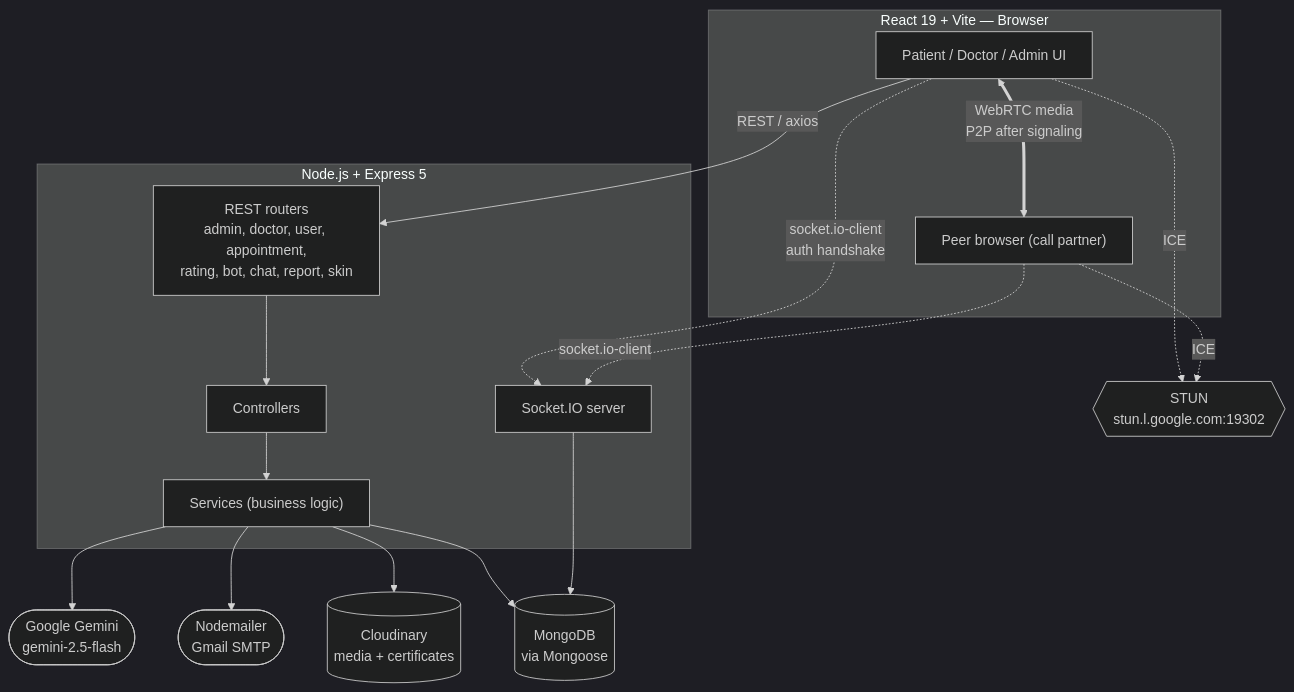
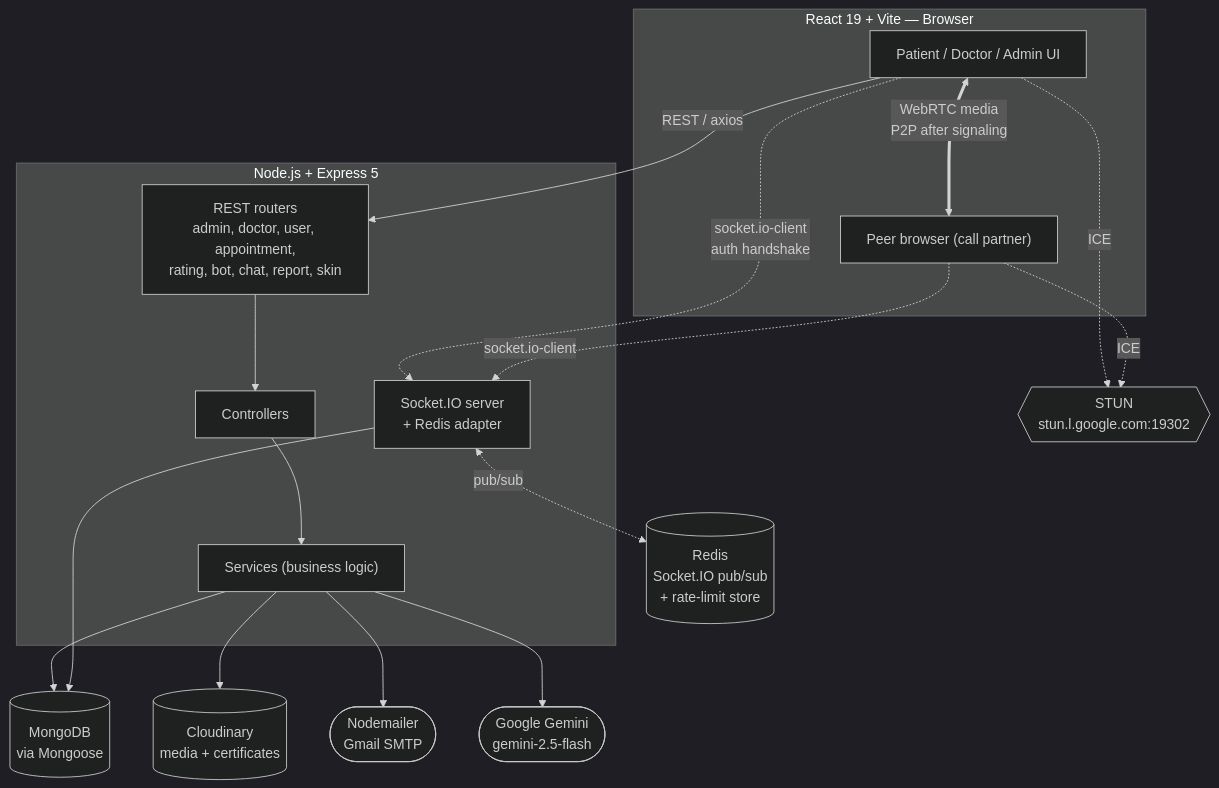
The first of 12 diagrams in README.md (dolishaa29/healthcare_app), drawn with Mermaid (dark theme) before and after one commit. The commit also changed other lines of this file, not shown here.

````diff
--- a/README.md
+++ b/README.md
@@ -46,34 +68,36 @@
 ```mermaid
 flowchart TB
     subgraph Clients["React 19 + Vite — Browser"]
         C1["Patient / Doctor / Admin UI"]
         C2["Peer browser (call partner)"]
     end
 
     subgraph Server["Node.js + Express 5"]
         REST["REST routers<br/>admin, doctor, user, appointment,<br/>rating, bot, chat, report, skin"]
         CTRL["Controllers"]
         SVC["Services (business logic)"]
-        SIO["Socket.IO server"]
+        SIO["Socket.IO server<br/>+ Redis adapter"]
     end
 
     DB[("MongoDB<br/>via Mongoose")]
+    REDIS[("Redis<br/>Socket.IO pub/sub<br/>+ rate-limit store")]
     CLOUD[("Cloudinary<br/>media + certificates")]
     MAIL(["Nodemailer<br/>Gmail SMTP"])
     GEMINI(["Google Gemini<br/>gemini-2.5-flash"])
     STUN{{"STUN<br/>stun.l.google.com:19302"}}
 
     C1 -->|"REST / axios"| REST
     REST --> CTRL --> SVC --> DB
     SVC --> CLOUD
     SVC --> MAIL
     SVC --> GEMINI
 
     C1 -.->|"socket.io-client<br/>auth handshake"| SIO
     C2 -.->|"socket.io-client"| SIO
     SIO --> DB
+    SIO <-.->|"pub/sub"| REDIS
 
     C1 <==>|"WebRTC media<br/>P2P after signaling"| C2
     C1 -.->|"ICE"| STUN
     C2 -.->|"ICE"| STUN
 ```
````
